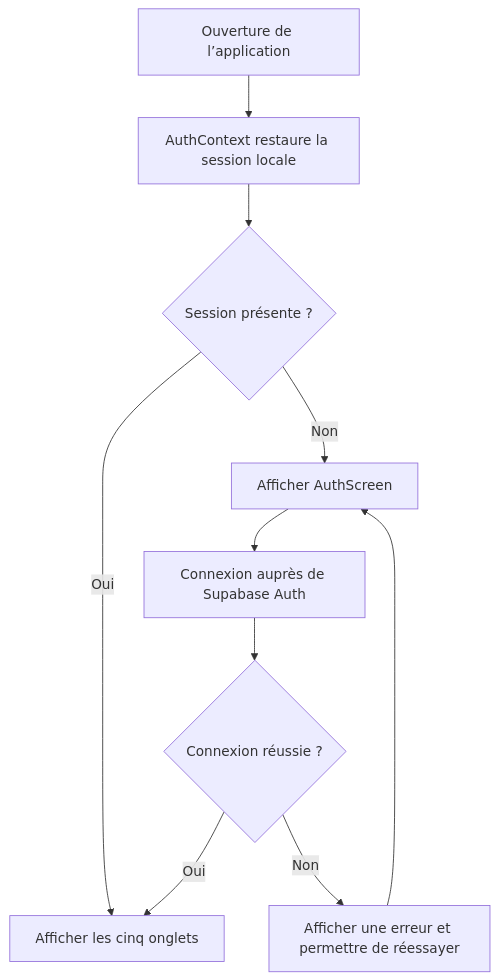
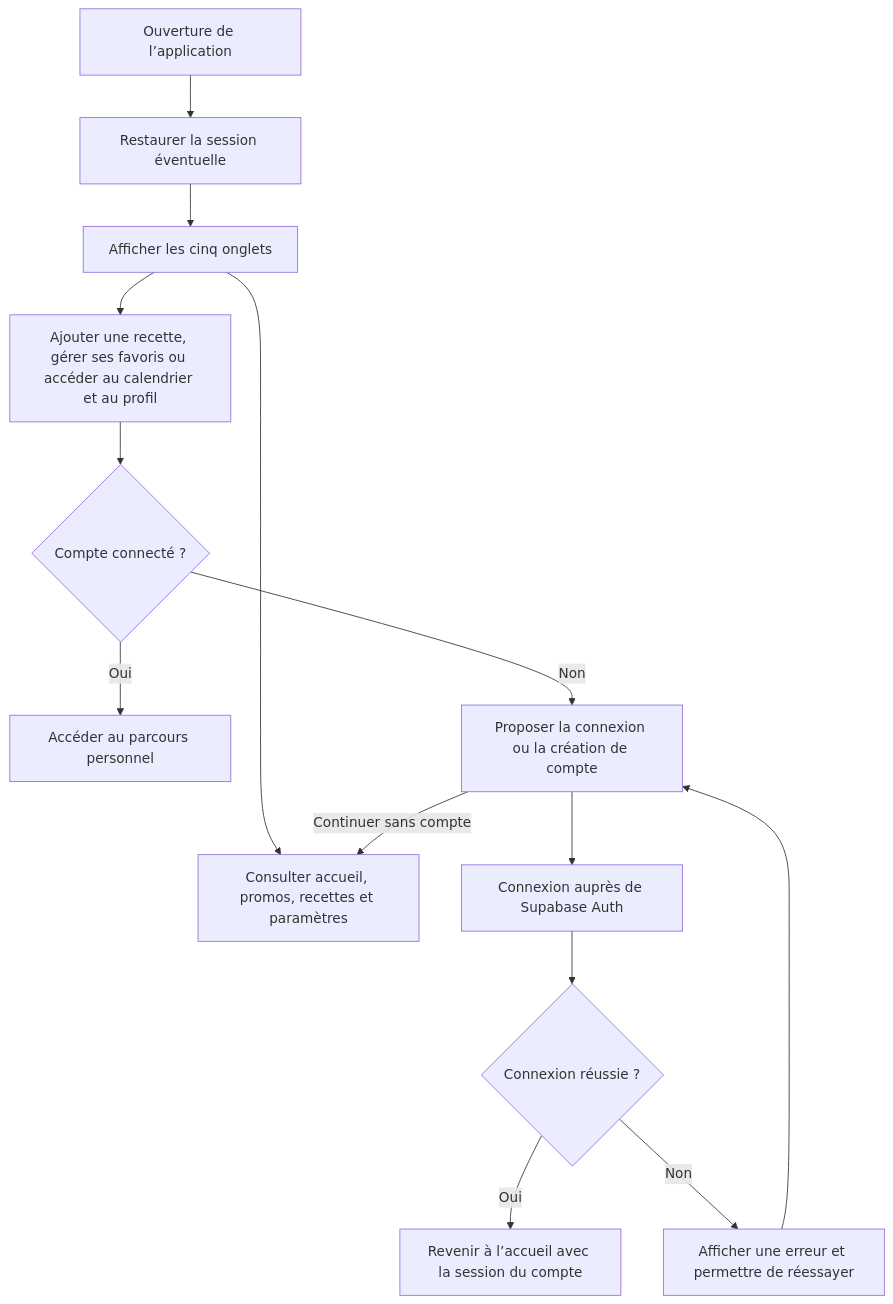
Before and after one commit to EnzoT454/OptiMeal: the third of 21 diagrams in README-fonctionnement.md, drawn with Mermaid. The commit also changed other lines of this file, not shown here.

Commit message:
ajout schemas fonctionnement

````diff
--- a/README-fonctionnement.md
+++ b/README-fonctionnement.md
@@ -77,12 +85,16 @@
 ```mermaid
 flowchart TD
-    A[Ouverture de l’application] --> B[AuthContext restaure la session locale]
-    B --> C{Session présente ?}
-    C -->|Oui| T[Afficher les cinq onglets]
-    C -->|Non| L[Afficher AuthScreen]
+    A[Ouverture de l’application] --> B[Restaurer la session éventuelle]
+    B --> T[Afficher les cinq onglets]
+    T --> P[Consulter accueil, promos, recettes et paramètres]
+    T --> C[Ajouter une recette, gérer ses favoris ou accéder au calendrier et au profil]
+    C --> Q{Compte connecté ?}
+    Q -->|Oui| R[Accéder au parcours personnel]
+    Q -->|Non| L[Proposer la connexion ou la création de compte]
     L --> S[Connexion auprès de Supabase Auth]
+    L -->|Continuer sans compte| P
     S --> V{Connexion réussie ?}
-    V -->|Oui| T
+    V -->|Oui| H[Revenir à l’accueil avec la session du compte]
     V -->|Non| E[Afficher une erreur et permettre de réessayer]
     E --> L
 ```
````
